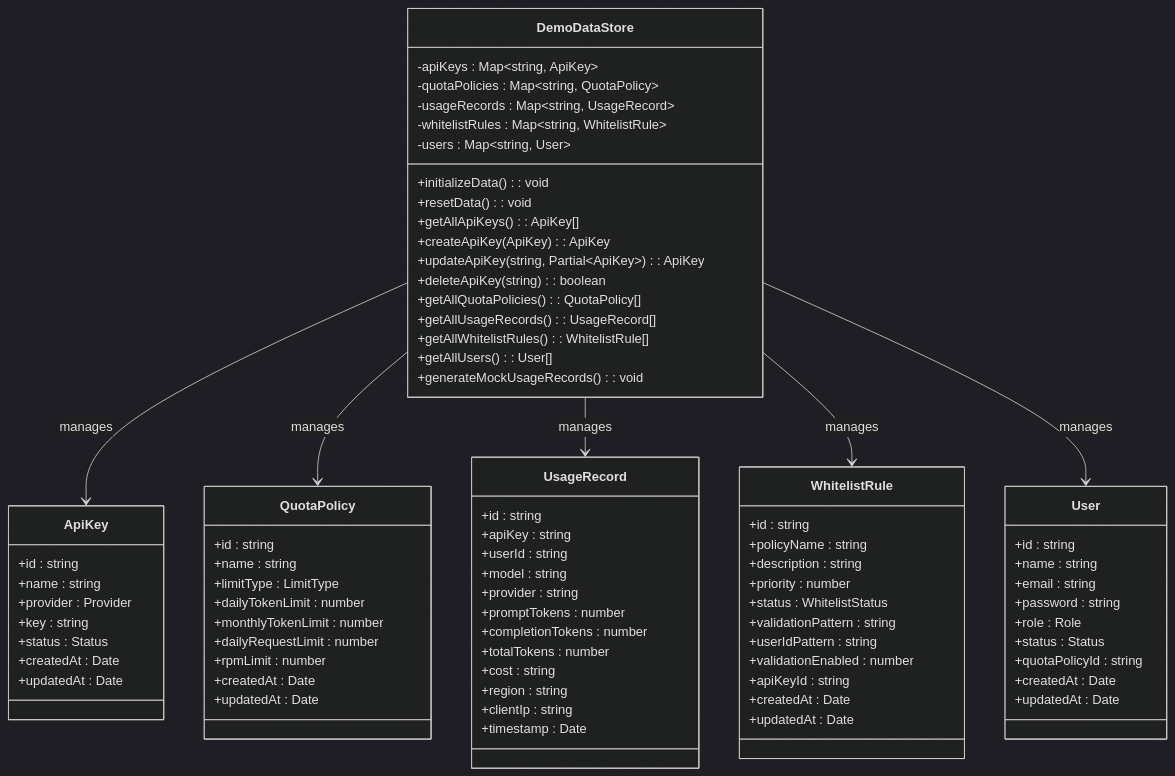
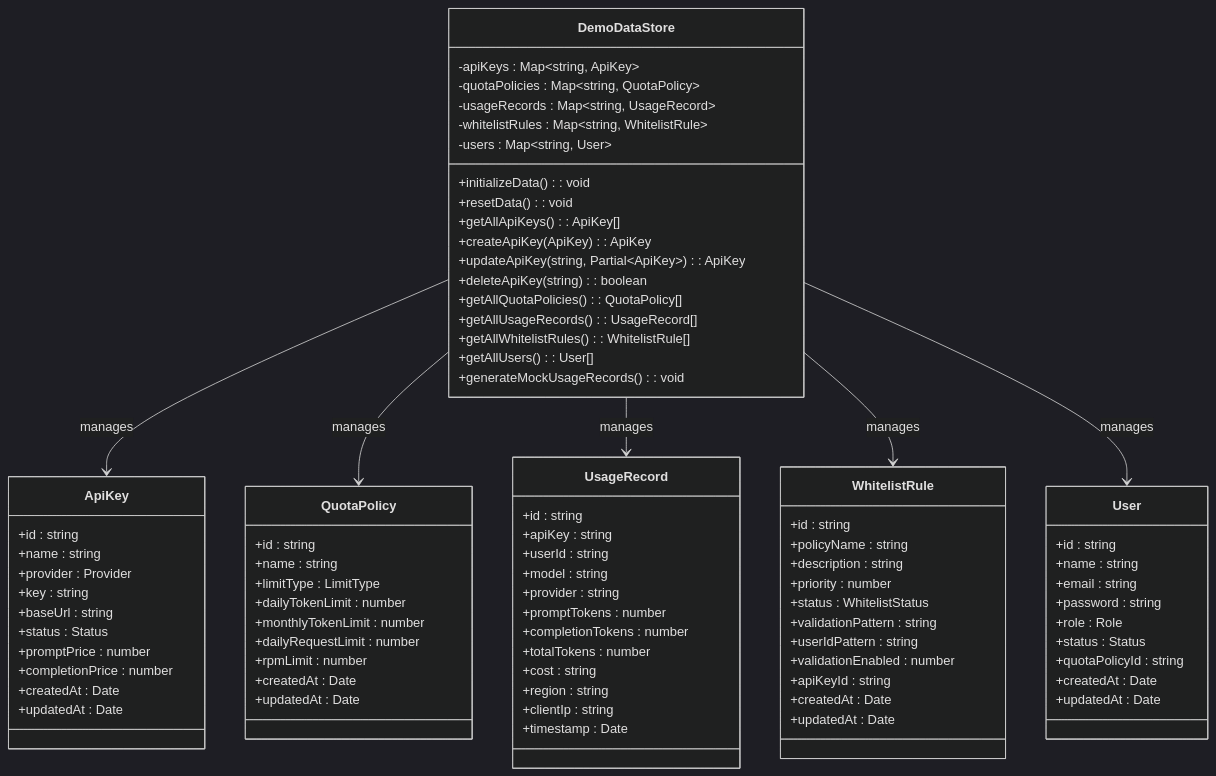
The fourth of 11 diagrams in .qoder/repowiki/zh/content/核心功能/演示模式系统.md (RadiumAg/AIGate), drawn with Mermaid (dark theme) before and after one commit. The commit also changed other lines of this file and 7 other files, not shown here.

```diff
--- a/.qoder/repowiki/zh/content/核心功能/演示模式系统.md
+++ b/.qoder/repowiki/zh/content/核心功能/演示模式系统.md
@@ -252,7 +272,10 @@
 +name : string
 +provider : Provider
 +key : string
++baseUrl : string
 +status : Status
++promptPrice : number
++completionPrice : number
 +createdAt : Date
 +updatedAt : Date
 }
```
